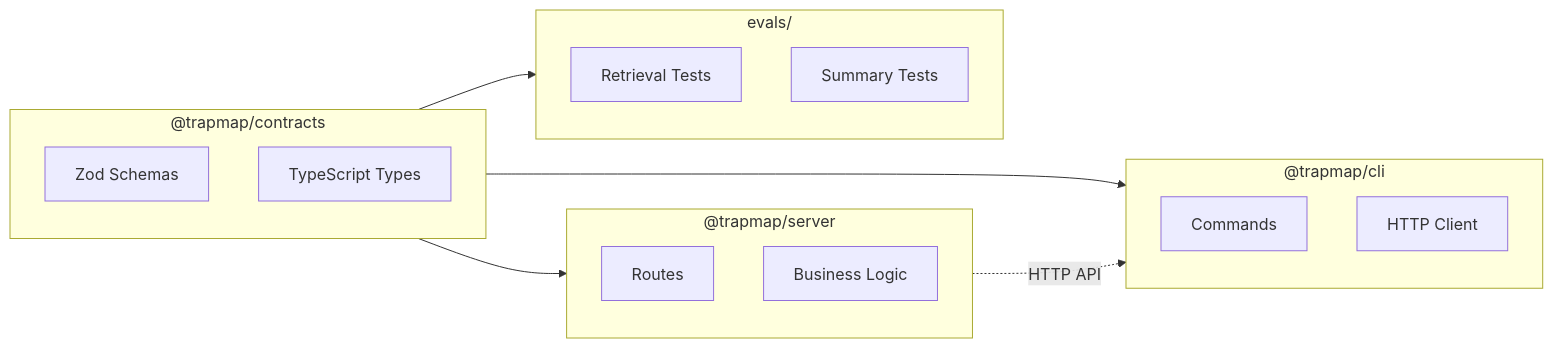
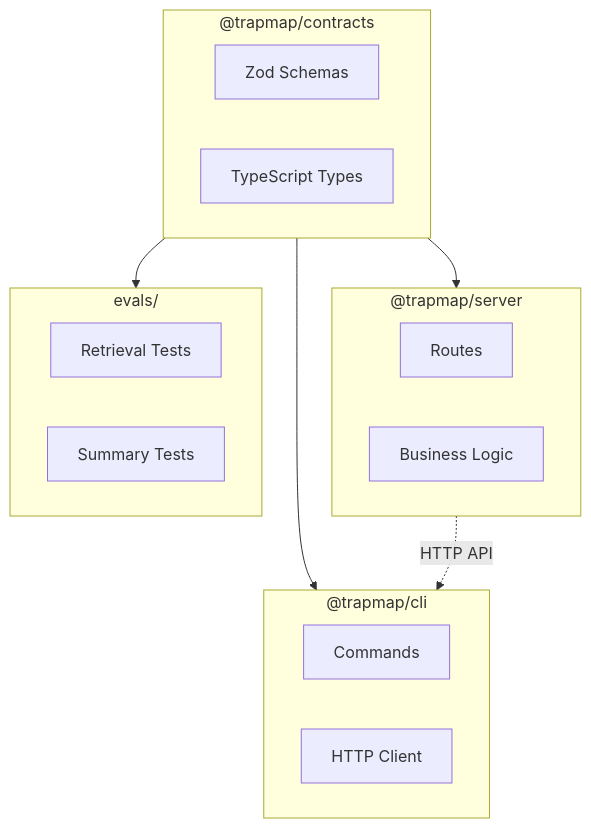
Before and after one commit to pofossette/TrapMap-for-vibing: the diagram in docs/PACKAGES.md, drawn with Mermaid. The commit also changed 31 other files, not shown here.

````diff
--- a/docs/PACKAGES.md
+++ b/docs/PACKAGES.md
@@ -139,28 +139,28 @@
 ```mermaid
-flowchart LR
-    subgraph Contracts["@trapmap/contracts"]
+flowchart TB
+    subgraph 契约包["@trapmap/contracts"]
         Zod["Zod Schemas"]
         Types["TypeScript Types"]
     end
 
-    subgraph Server["@trapmap/server"]
+    subgraph 服务器包["@trapmap/server"]
         Routes["Routes"]
         Lib["Business Logic"]
     end
 
-    subgraph CLI["@trapmap/cli"]
+    subgraph CLI包["@trapmap/cli"]
         Commands["Commands"]
         HTTP["HTTP Client"]
     end
 
-    Contracts --> Server
-    Contracts --> CLI
-    Server -. "HTTP API" .-> CLI
+    契约包 --> 服务器包
+    契约包 --> CLI包
+    服务器包 -. "HTTP API" .-> CLI包
 
-    subgraph Evals["evals/"]
+    subgraph 评测包["evals/"]
         Retrieval["Retrieval Tests"]
         Summary["Summary Tests"]
     end
 
-    Contracts --> Evals
+    契约包 --> 评测包
 ```
````
